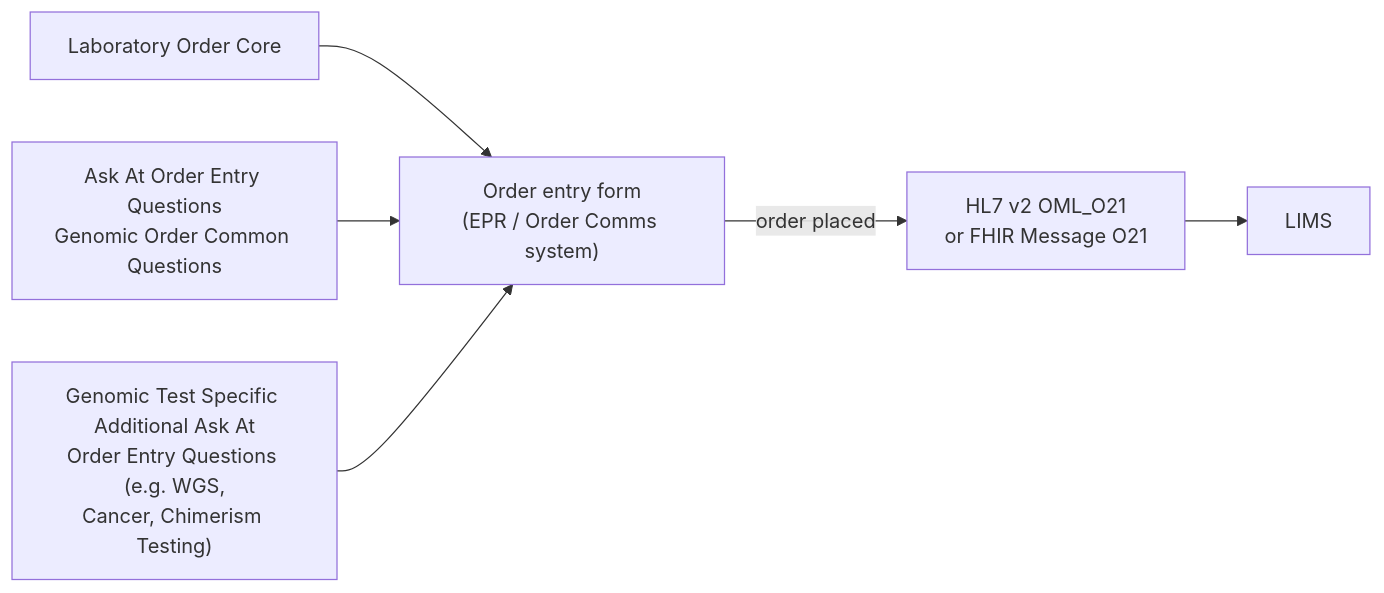
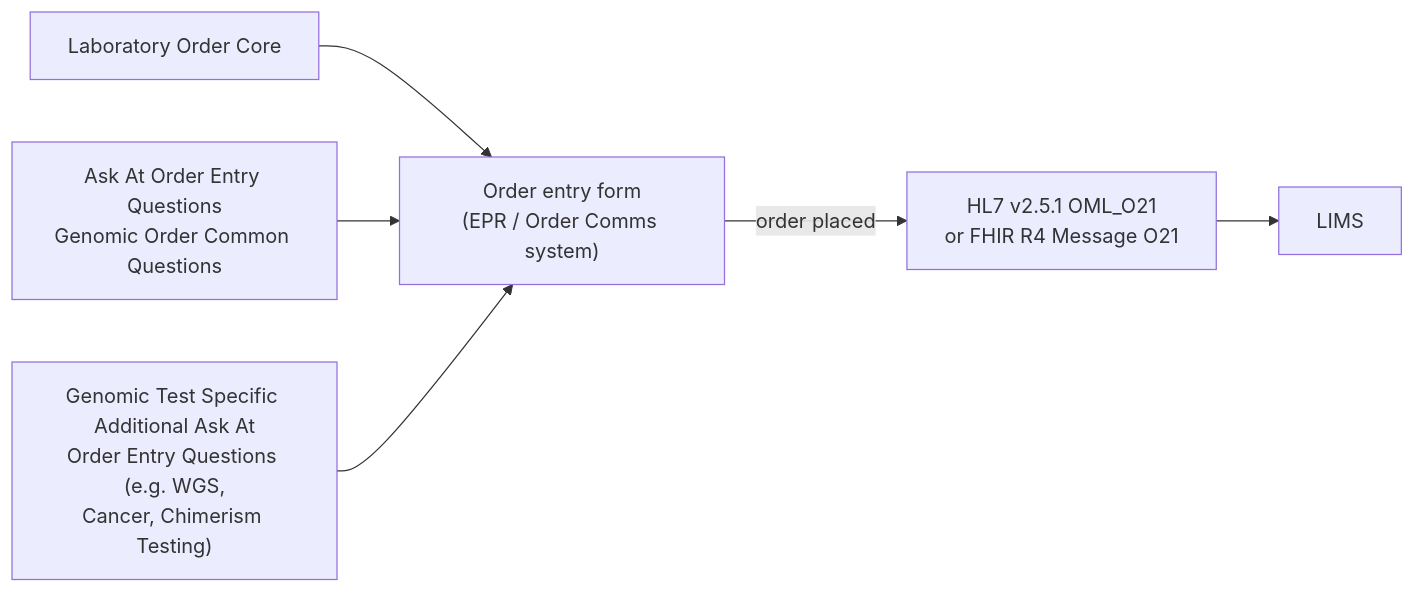
Before and after one commit to nw-gmsa/nw-gmsa.github.com: the third of 4 diagrams in input/pagecontent/Questionnaire-GenomicTestOrder-intro.md, drawn with Mermaid.

Commit message:
Specify HL7 v2.5.1 and FHIR R4 versions in Order Entry Questions diagram
Claude-Session: https://claude.ai/code/session_01FaJZPo5x3UCuWmUi5yyXAB

````diff
--- a/input/pagecontent/Questionnaire-GenomicTestOrder-intro.md
+++ b/input/pagecontent/Questionnaire-GenomicTestOrder-intro.md
@@ -238,15 +238,15 @@
 ```mermaid
 flowchart LR
     CORE["Laboratory Order Core"]
     AAOEC["Ask At Order Entry Questions<br/>Genomic Order Common Questions"]
     AAOET["Genomic Test Specific Additional Ask At<br/>Order Entry Questions (e.g. WGS,<br/>Cancer, Chimerism Testing)"]
     QNAIRE["Order entry form<br/>(EPR / Order Comms system)"]
-    MSG["HL7 v2 OML_O21<br/>or FHIR Message O21"]
+    MSG["HL7 v2.5.1 OML_O21<br/>or FHIR R4 Message O21"]
     LIMS["LIMS"]
 
     CORE --> QNAIRE
     AAOEC --> QNAIRE
     AAOET --> QNAIRE
     QNAIRE -->|"order placed"| MSG
     MSG --> LIMS
 ```
````
